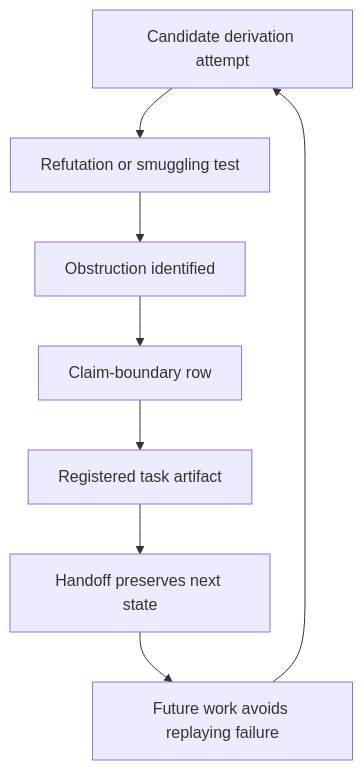
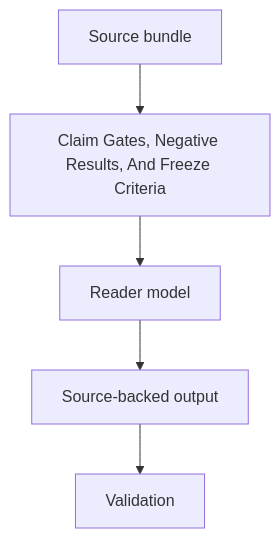
Before and after one commit to AngryOwlAI/The-AEther-Flow: the diagram in github-facing/claim-gates-explainer.md, drawn with Mermaid. The commit also changed other lines of this file and 197 other files, not shown here.

````diff
--- a/github-facing/claim-gates-explainer.md
+++ b/github-facing/claim-gates-explainer.md
@@ -63,10 +16,7 @@
 ```mermaid
 flowchart TD
-  Attempt["Candidate derivation attempt"] --> Test["Refutation or smuggling test"]
-  Test --> Finding["Obstruction identified"]
-  Finding --> Boundary["Claim-boundary row"]
-  Boundary --> Artifact["Registered task artifact"]
-  Artifact --> Handoff["Handoff preserves next state"]
-  Handoff --> Future["Future work avoids replaying failure"]
-  Future --> Attempt
+  A["Source bundle"] --> B["Claim Gates, Negative Results, And Freeze Criteria"]
+  B["Claim Gates, Negative Results, And Freeze Criteria"] --> C["Reader model"]
+  C["Reader model"] --> D["Source-backed output"]
+  D["Source-backed output"] --> E["Validation"]
 ```
````
